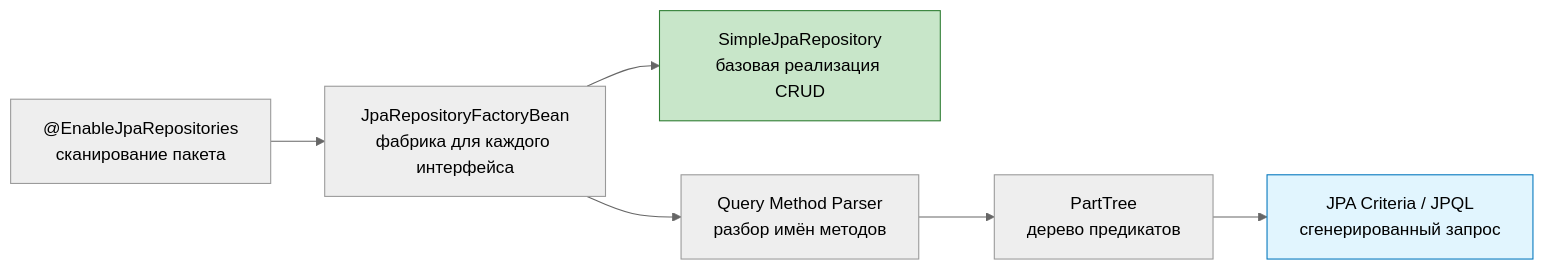
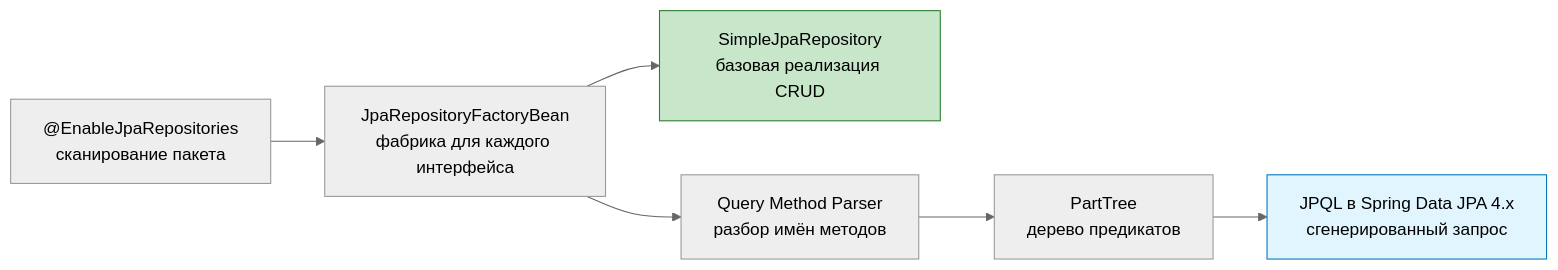
One commit to akeverus/cheat-sheet changed the second of 8 diagrams in cheatsheets/interview/frameworks/spring/spring-data-jpa-interview.md. Above: the diagram before and after it, drawn with Mermaid (neutral theme). The commit also changed other lines of this file and 154 other files, not shown here.

````diff
--- a/cheatsheets/interview/frameworks/spring/spring-data-jpa-interview.md
+++ b/cheatsheets/interview/frameworks/spring/spring-data-jpa-interview.md
@@ -279,11 +286,11 @@
 ```mermaid
 graph LR
     A["@EnableJpaRepositories<br/>сканирование пакета"] --> B["JpaRepositoryFactoryBean<br/>фабрика для каждого интерфейса"]
     B --> C["SimpleJpaRepository<br/>базовая реализация CRUD"]
     B --> D["Query Method Parser<br/>разбор имён методов"]
     D --> E["PartTree<br/>дерево предикатов"]
-    E --> F["JPA Criteria / JPQL<br/>сгенерированный запрос"]
+    E --> F["JPQL в Spring Data JPA 4.x<br/>сгенерированный запрос"]
 
     style C fill:#c8e6c9,stroke:#2e7d32
     style F fill:#e1f5fe,stroke:#0277bd
 ```
````
